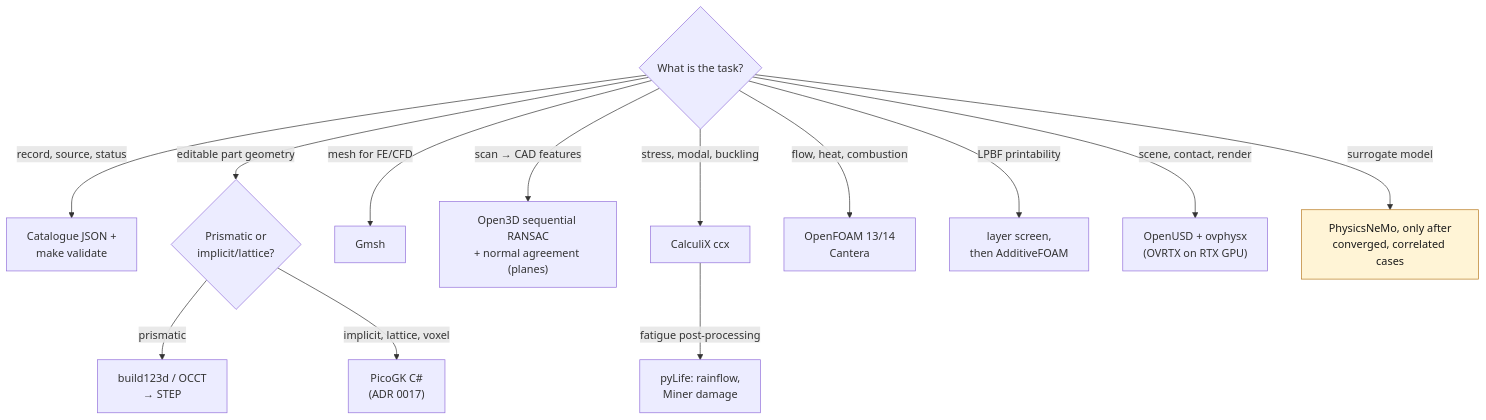
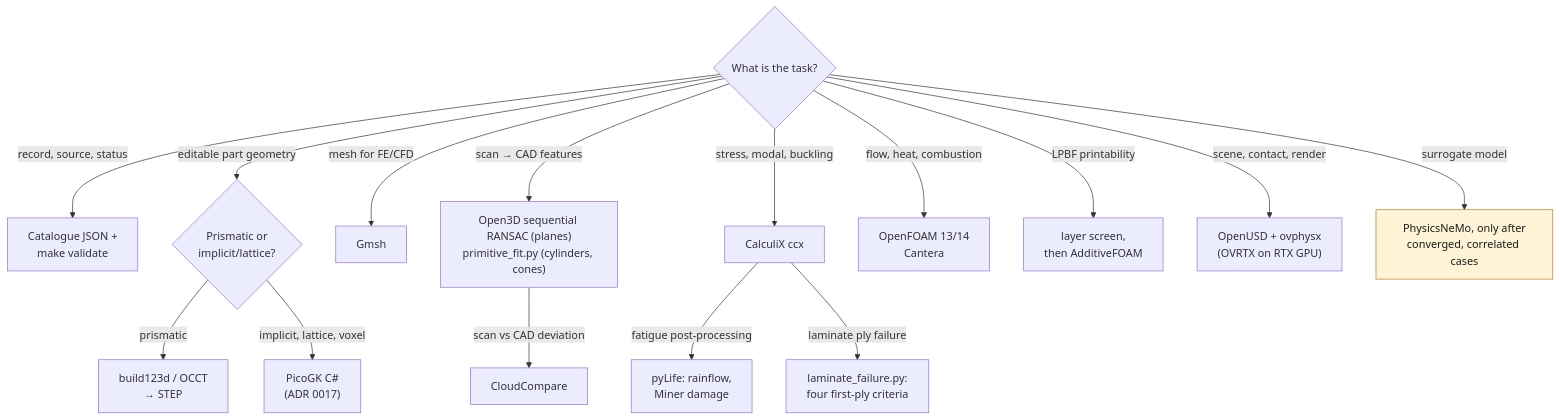
The first of 4 diagrams in docs/AGENT_TOOL_GUIDE.md (cluster2600/porscheparts), drawn with Mermaid before and after one commit. The commit also changed other lines of this file and 10 other files, not shown here.

````diff
--- a/docs/AGENT_TOOL_GUIDE.md
+++ b/docs/AGENT_TOOL_GUIDE.md
@@ -25,17 +25,19 @@
 ```mermaid
 flowchart TD
     T{"What is the task?"}
     T -->|"record, source, status"| C["Catalogue JSON +<br/>make validate"]
     T -->|"editable part geometry"| G{"Prismatic or<br/>implicit/lattice?"}
     G -->|prismatic| B["build123d / OCCT<br/>→ STEP"]
     G -->|"implicit, lattice, voxel"| P["PicoGK C#<br/>(ADR 0017)"]
     T -->|"mesh for FE/CFD"| M["Gmsh"]
-    T -->|"scan → CAD features"| R["Open3D sequential RANSAC<br/>+ normal agreement (planes)"]
+    T -->|"scan → CAD features"| R["Open3D sequential RANSAC (planes)<br/>primitive_fit.py (cylinders, cones)"]
+    R -->|"scan vs CAD deviation"| D["CloudCompare"]
     T -->|"stress, modal, buckling"| X["CalculiX ccx"]
     X -->|"fatigue post-processing"| Y["pyLife: rainflow,<br/>Miner damage"]
+    X -->|"laminate ply failure"| W["laminate_failure.py:<br/>four first-ply criteria"]
     T -->|"flow, heat, combustion"| F["OpenFOAM 13/14<br/>Cantera"]
     T -->|"LPBF printability"| L["layer screen,<br/>then AdditiveFOAM"]
     T -->|"scene, contact, render"| U["OpenUSD + ovphysx<br/>(OVRTX on RTX GPU)"]
     T -->|"surrogate model"| N["PhysicsNeMo, only after<br/>converged, correlated cases"]:::open
     classDef open fill:#fff4d6,stroke:#b7791f,color:#1a1a1a;
 ```
````
